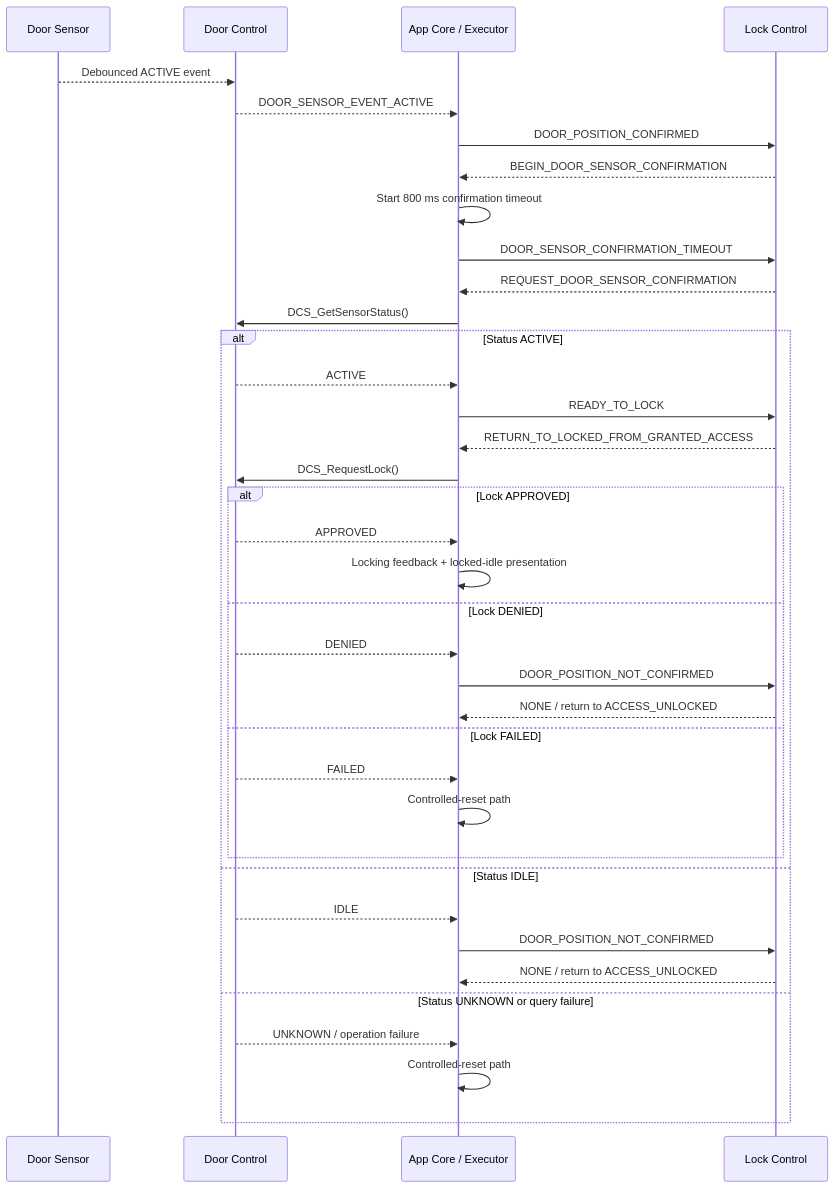
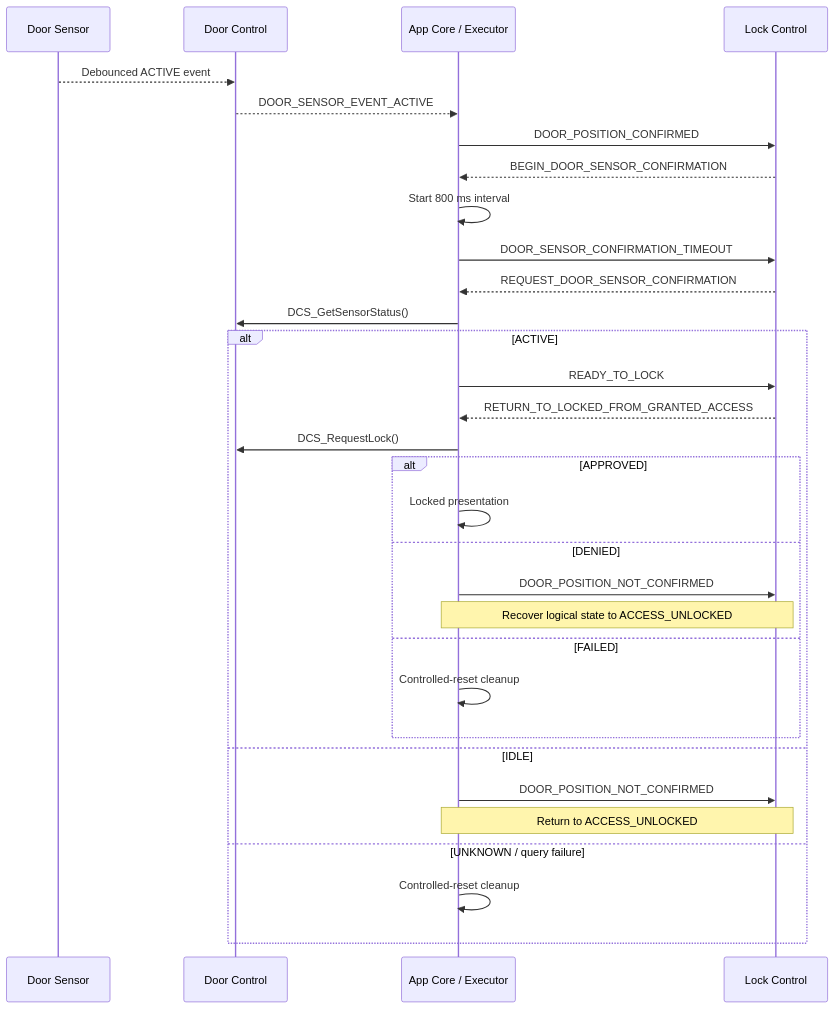
Before and after one commit to JP-REY/STM32F103C8T6-Based-Electronic-Lock: the fourth of 4 diagrams in App/README.md, drawn with Mermaid. The commit also changed other lines of this file and 22 other files, not shown here.

First line of the commit message:
docs: update project architecture and module documentation

````diff
--- a/App/README.md
+++ b/App/README.md
@@ -791,43 +746,39 @@
 ```mermaid
 sequenceDiagram
     participant DS as Door Sensor
     participant DCS as Door Control
     participant APP as App Core / Executor
     participant LCS as Lock Control
 
     DS-->>DCS: Debounced ACTIVE event
     DCS-->>APP: DOOR_SENSOR_EVENT_ACTIVE
     APP->>LCS: DOOR_POSITION_CONFIRMED
     LCS-->>APP: BEGIN_DOOR_SENSOR_CONFIRMATION
-    APP->>APP: Start 800 ms confirmation timeout
+    APP->>APP: Start 800 ms interval
 
     APP->>LCS: DOOR_SENSOR_CONFIRMATION_TIMEOUT
     LCS-->>APP: REQUEST_DOOR_SENSOR_CONFIRMATION
     APP->>DCS: DCS_GetSensorStatus()
 
-    alt Status ACTIVE
-        DCS-->>APP: ACTIVE
+    alt ACTIVE
         APP->>LCS: READY_TO_LOCK
         LCS-->>APP: RETURN_TO_LOCKED_FROM_GRANTED_ACCESS
         APP->>DCS: DCS_RequestLock()
 
-        alt Lock APPROVED
-            DCS-->>APP: APPROVED
-            APP->>APP: Locking feedback + locked-idle presentation
-        else Lock DENIED
-            DCS-->>APP: DENIED
+        alt APPROVED
+            APP->>APP: Locked presentation
+        else DENIED
             APP->>LCS: DOOR_POSITION_NOT_CONFIRMED
-            LCS-->>APP: NONE / return to ACCESS_UNLOCKED
-        else Lock FAILED
-            DCS-->>APP: FAILED
-            APP->>APP: Controlled-reset path
+            Note over APP,LCS: Recover logical state to ACCESS_UNLOCKED
+        else FAILED
+            APP->>APP: Controlled-reset cleanup
         end
-    else Status IDLE
-        DCS-->>APP: IDLE
+
+    else IDLE
         APP->>LCS: DOOR_POSITION_NOT_CONFIRMED
-        LCS-->>APP: NONE / return to ACCESS_UNLOCKED
-    else Status UNKNOWN or query failure
-        DCS-->>APP: UNKNOWN / operation failure
-        APP->>APP: Controlled-reset path
+        Note over APP,LCS: Return to ACCESS_UNLOCKED
+
+    else UNKNOWN / query failure
+        APP->>APP: Controlled-reset cleanup
     end
 ```
````
